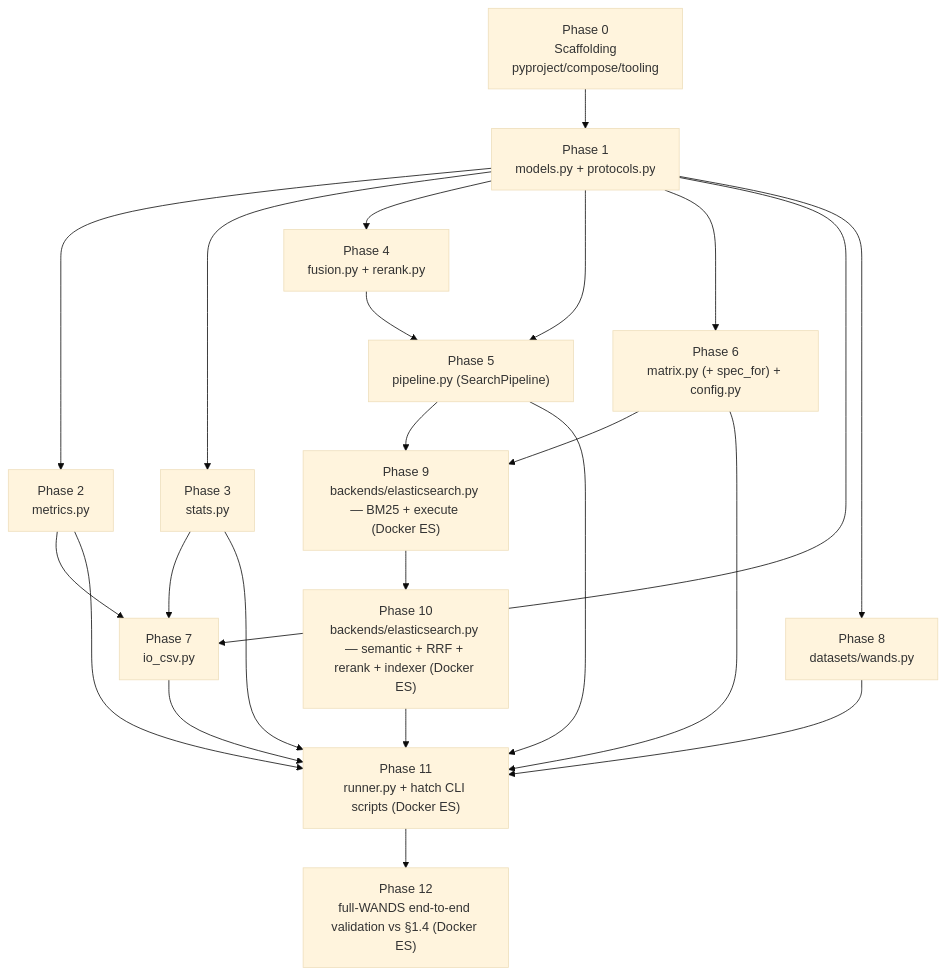
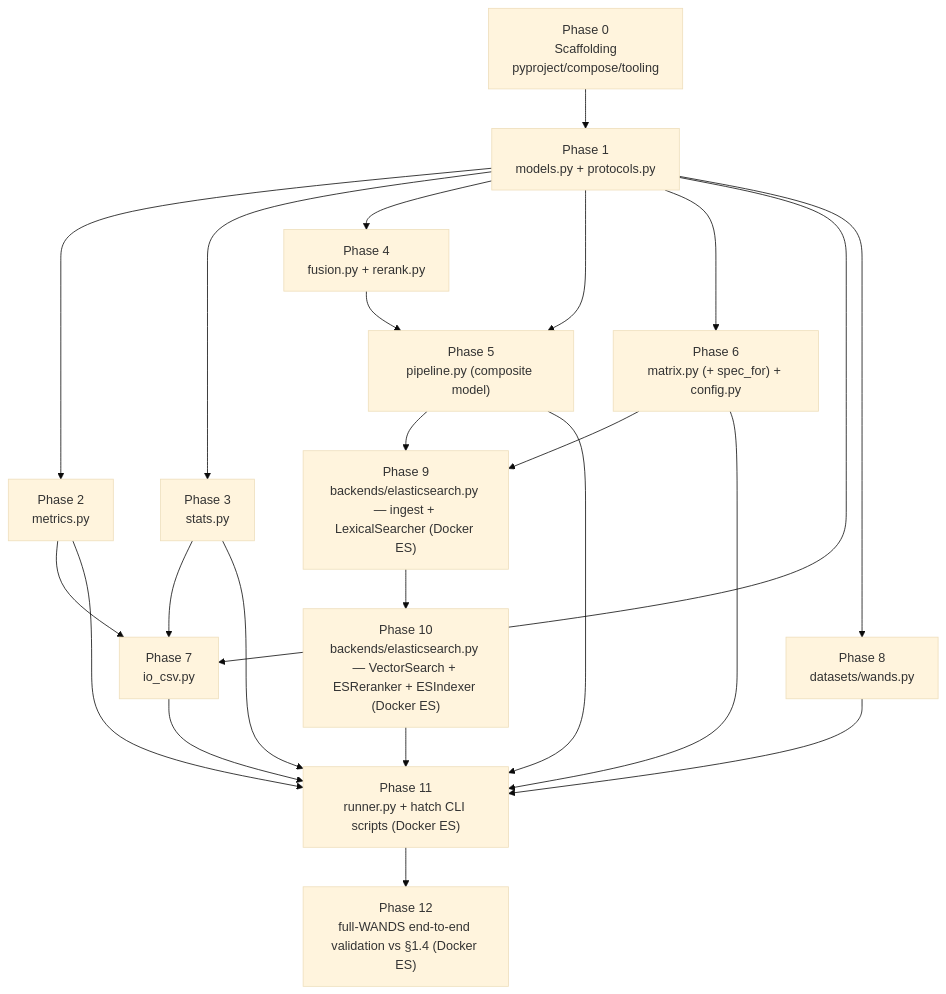
Before and after one commit to TensorOpt/search-rag-evaluation: the diagram in docs/plan.md, drawn with Mermaid (base theme). The commit also changed other lines of this file and 10 other files, not shown here.

````diff
--- a/docs/plan.md
+++ b/docs/plan.md
@@ -43,25 +43,25 @@
 ```mermaid
 flowchart TB
   P0["Phase 0<br/>Scaffolding<br/>pyproject/compose/tooling"] --> P1["Phase 1<br/>models.py + protocols.py"]
   P1 --> P2["Phase 2<br/>metrics.py"]
   P1 --> P3["Phase 3<br/>stats.py"]
   P1 --> P4["Phase 4<br/>fusion.py + rerank.py"]
-  P1 --> P5["Phase 5<br/>pipeline.py (SearchPipeline)"]
+  P1 --> P5["Phase 5<br/>pipeline.py (composite model)"]
   P4 --> P5
   P1 --> P6["Phase 6<br/>matrix.py (+ spec_for) + config.py"]
   P1 --> P7["Phase 7<br/>io_csv.py"]
   P2 --> P7
   P3 --> P7
   P1 --> P8["Phase 8<br/>datasets/wands.py"]
-  P5 --> P9["Phase 9<br/>backends/elasticsearch.py — BM25 + execute (Docker ES)"]
+  P5 --> P9["Phase 9<br/>backends/elasticsearch.py — ingest + LexicalSearcher (Docker ES)"]
   P6 --> P9
-  P9 --> P10["Phase 10<br/>backends/elasticsearch.py — semantic + RRF + rerank + indexer (Docker ES)"]
+  P9 --> P10["Phase 10<br/>backends/elasticsearch.py — VectorSearch + ESReranker + ESIndexer (Docker ES)"]
   P2 --> P11["Phase 11<br/>runner.py + hatch CLI scripts (Docker ES)"]
   P3 --> P11
   P5 --> P11
   P6 --> P11
   P7 --> P11
   P8 --> P11
   P10 --> P11
   P11 --> P12["Phase 12<br/>full-WANDS end-to-end validation vs §1.4 (Docker ES)"]
 ```
````
